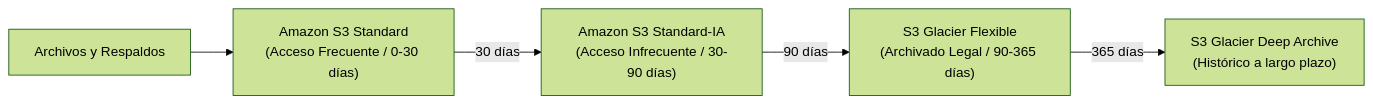
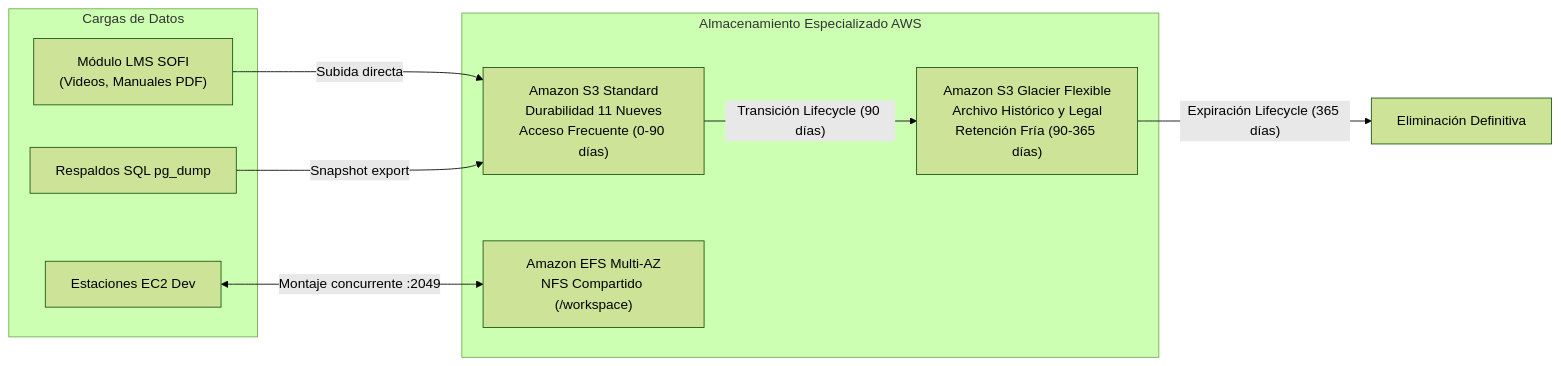
One commit to La-hermandad-del-codigo/presentacion-aws changed the second of 3 diagrams in docs/RESUMEN_GENERAL_PROYECTO_AWS.md. Above: the diagram before and after it, drawn with Mermaid (forest theme). The commit also changed other lines of this file and 3 other files, not shown here.

````diff
--- a/docs/RESUMEN_GENERAL_PROYECTO_AWS.md
+++ b/docs/RESUMEN_GENERAL_PROYECTO_AWS.md
@@ -97,7 +163,21 @@
 ```mermaid
 flowchart LR
-    DATA["Archivos y Respaldos"] --> S3_STD["Amazon S3 Standard<br/>(Acceso Frecuente / 0-30 días)"]
-    S3_STD -->|30 días| S3_IA["Amazon S3 Standard-IA<br/>(Acceso Infrecuente / 30-90 días)"]
-    S3_IA -->|90 días| GLACIER["S3 Glacier Flexible<br/>(Archivado Legal / 90-365 días)"]
-    GLACIER -->|365 días| DEEP["S3 Glacier Deep Archive<br/>(Histórico a largo plazo)"]
+    subgraph INGESTION["Cargas de Datos"]
+        LMS["Módulo LMS SOFI<br/>(Videos, Manuales PDF)"]
+        DEV["Estaciones EC2 Dev"]
+        SQL["Respaldos SQL pg_dump"]
+    end
+
+    subgraph AWS_STORAGE["Almacenamiento Especializado AWS"]
+        S3_STD["Amazon S3 Standard<br/>Durabilidad 11 Nueves<br/>Acceso Frecuente (0-90 días)"]
+        GLACIER["Amazon S3 Glacier Flexible<br/>Archivo Histórico y Legal<br/>Retención Fría (90-365 días)"]
+        EFS["Amazon EFS Multi-AZ<br/>NFS Compartido (/workspace)"]
+    end
+
+    LMS -->|Subida directa| S3_STD
+    SQL -->|Snapshot export| S3_STD
+    DEV <-->|Montaje concurrente :2049| EFS
+
+    S3_STD -->|"Transición Lifecycle (90 días)"| GLACIER
+    GLACIER -->|"Expiración Lifecycle (365 días)"| PURGE["Eliminación Definitiva"]
 ```
````
